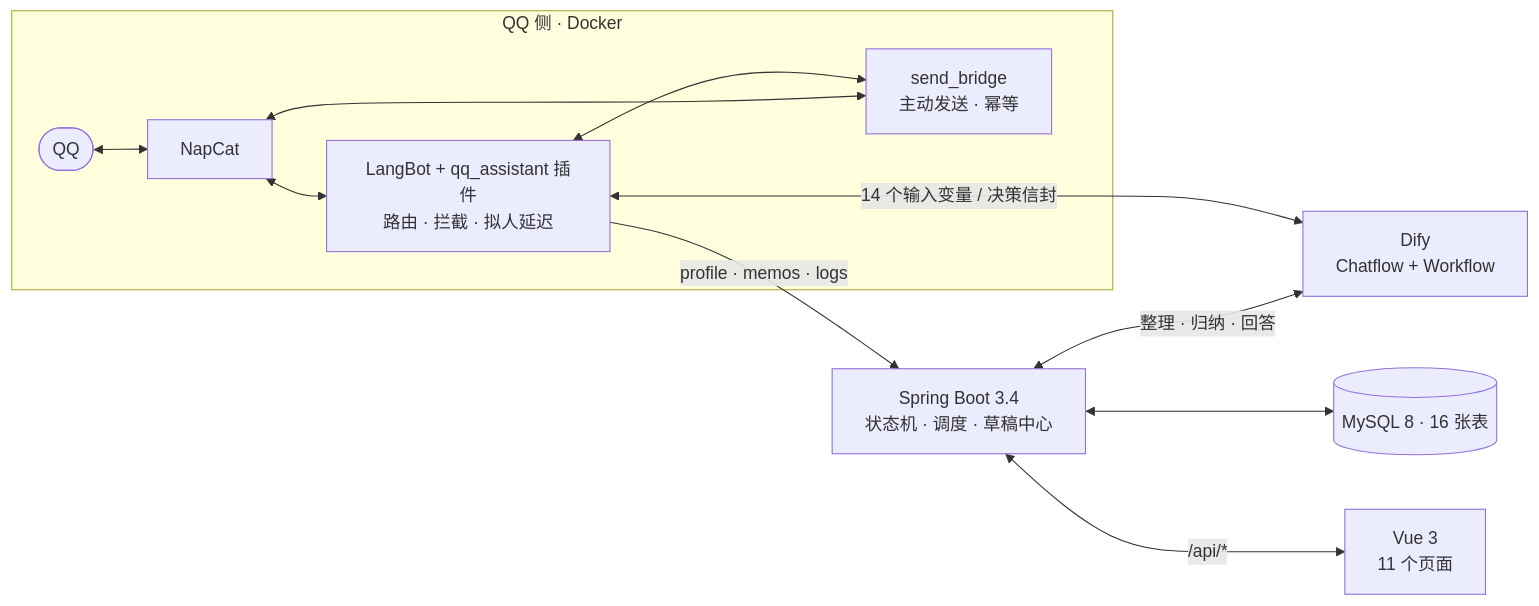
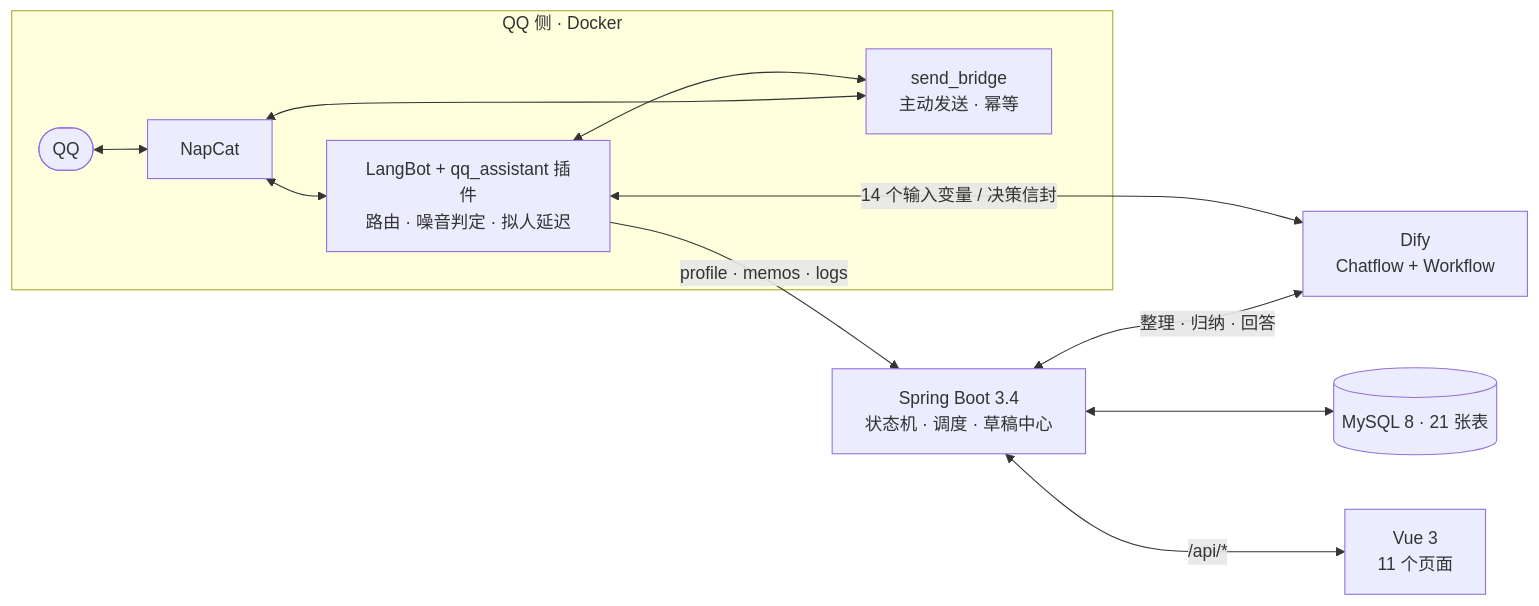
The diagram in README.md (Marian774674/QQassistant), drawn with Mermaid before and after one commit. The commit also changed other lines of this file and 203 other files, not shown here.

````diff
--- a/README.md
+++ b/README.md
@@ -58,15 +58,15 @@
 ```mermaid
 flowchart LR
   subgraph edge["QQ 侧 · Docker"]
     QQ([QQ]) <--> NC[NapCat]
-    NC <--> LB["LangBot + qq_assistant 插件<br/>路由 · 拦截 · 拟人延迟"]
+    NC <--> LB["LangBot + qq_assistant 插件<br/>路由 · 噪音判定 · 拟人延迟"]
     LB <--> BR["send_bridge<br/>主动发送 · 幂等"]
     BR <--> NC
   end
 
   LB <-->|"14 个输入变量 / 决策信封"| DF["Dify<br/>Chatflow + Workflow"]
   LB -->|"profile · memos · logs"| SB["Spring Boot 3.4<br/>状态机 · 调度 · 草稿中心"]
   SB <-->|"整理 · 归纳 · 回答"| DF
-  SB <--> DB[("MySQL 8 · 16 张表")]
+  SB <--> DB[("MySQL 8 · 21 张表")]
   SB <-->|"/api/*"| V["Vue 3<br/>11 个页面"]
 ```
````
